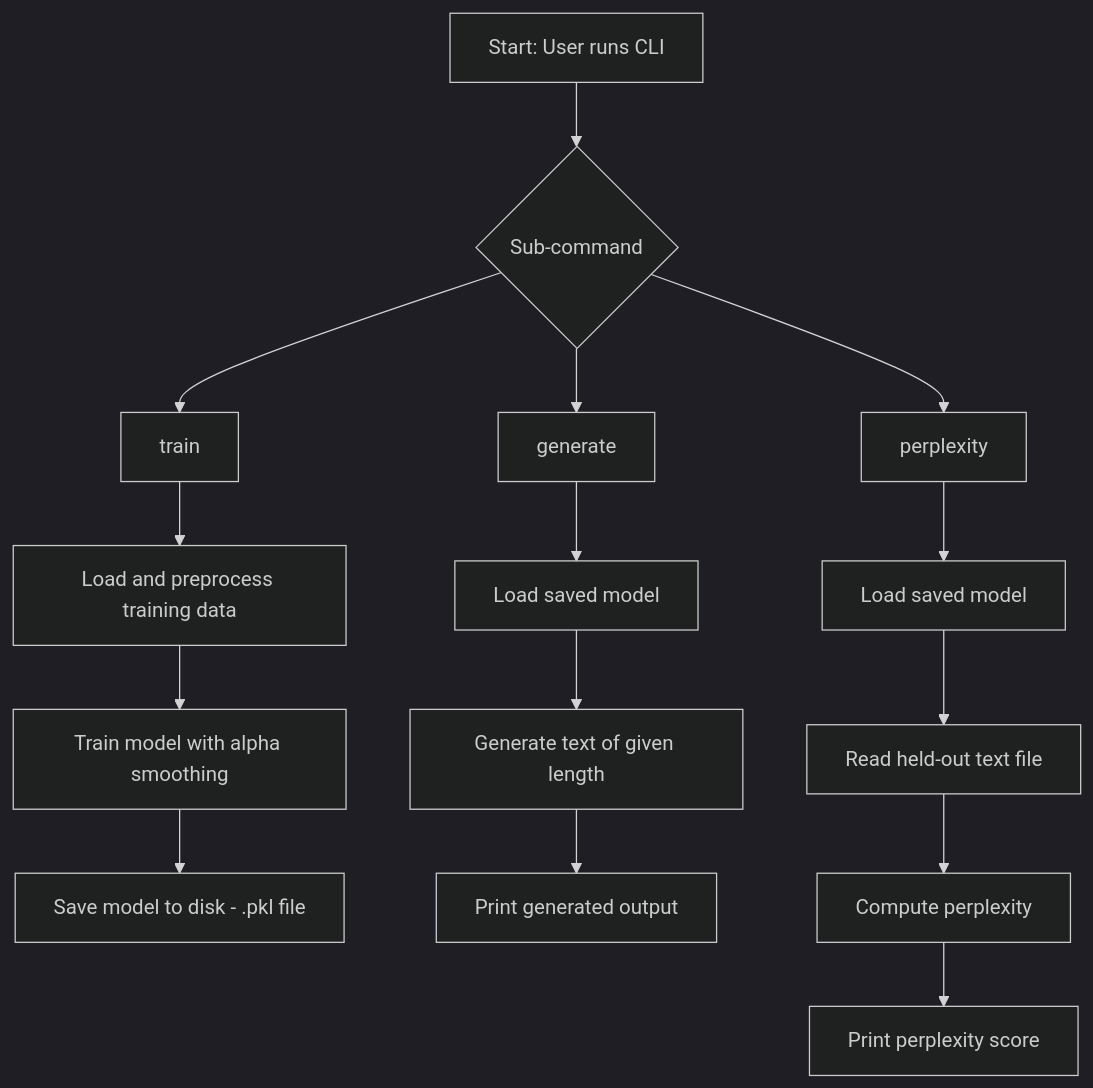
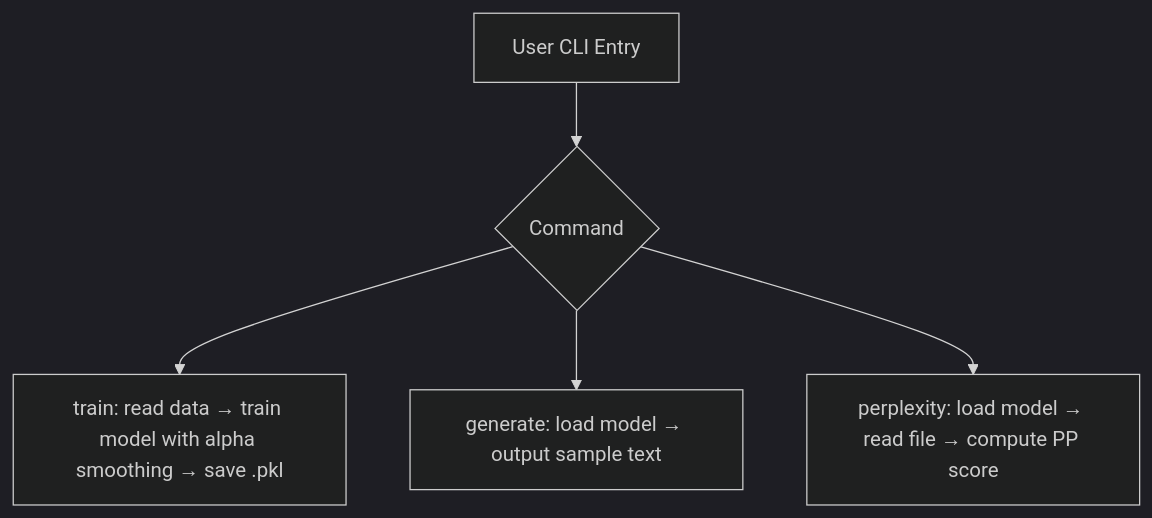
The diagram in README.md (SamLB9/trigram_lm), drawn with Mermaid (dark theme) before and after one commit.

````diff
--- a/README.md
+++ b/README.md
@@ -36,20 +36,7 @@
 ```mermaid
 graph TD;
-    A[Start: User runs CLI] --> B{Sub-command};
-    B --> C[train];
-    B --> D[generate];
-    B --> E[perplexity];
-
-    C --> C1[Load and preprocess training data];
-    C1 --> C2[Train model with alpha smoothing];
-    C2 --> C3[Save model to disk - .pkl file];
-
-    D --> D1[Load saved model];
-    D1 --> D2[Generate text of given length];
-    D2 --> D3[Print generated output];
-
-    E --> E1[Load saved model];
-    E1 --> E2[Read held-out text file];
-    E2 --> E3[Compute perplexity];
-    E3 --> E4[Print perplexity score];
+    A[User CLI Entry] --> B{Command};
+    B --> C[train: read data → train model with alpha smoothing → save .pkl];
+    B --> D[generate: load model → output sample text];
+    B --> E[perplexity: load model → read file → compute PP score];
 ```
````
